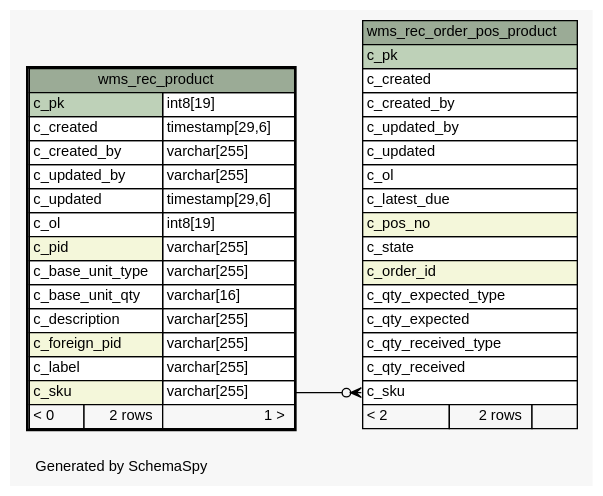
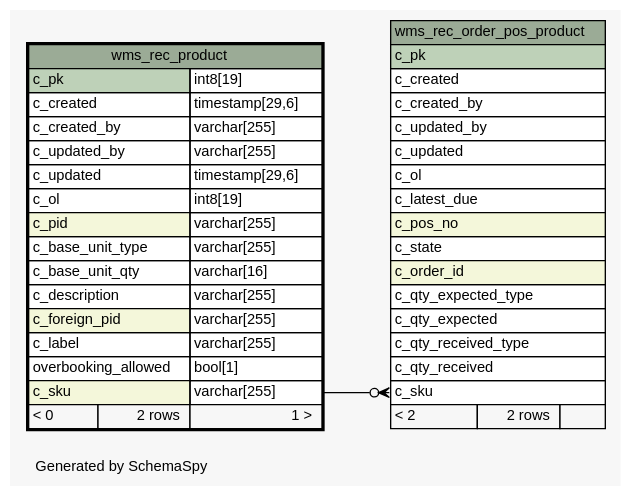
Before and after one commit to openwms/org.openwms.wms.receiving.lib: the diagram in 1.0.0-SNAPSHOT/schemaspy/diagrams/wms_rec_product.1degree.dot, drawn with Graphviz. The commit also changed 422 other files, not shown here.

```diff
--- a/1.0.0-SNAPSHOT/schemaspy/diagrams/wms_rec_product.1degree.dot
+++ b/1.0.0-SNAPSHOT/schemaspy/diagrams/wms_rec_product.1degree.dot
@@ -1,69 +1,70 @@
-// dot 2.43.0 on Linux 5.15.0-1030-azure
+// dot 2.43.0 on Linux 5.15.0-1031-azure
 // SchemaSpy rev Unknown
 digraph "oneDegreeRelationshipsDiagram" {
   graph [
     rankdir="RL"
     bgcolor="#f7f7f7"
     label="\nGenerated by SchemaSpy"
     labeljust="l"
     nodesep="0.18"
     ranksep="0.46"
     fontname="Helvetica"
     fontsize="11"
   ];
   node [
     fontname="Helvetica"
     fontsize="11"
     shape="plaintext"
   ];
   edge [
     arrowsize="0.8"
   ];
   "wms_rec_order_pos_product":"c_sku":w -> "wms_rec_product":"c_sku.type":e [arrowhead=none dir=back arrowtail=crowodot];
   "wms_rec_order_pos_product" [
     label=<
     <TABLE BORDER="0" CELLBORDER="1" CELLSPACING="0" BGCOLOR="#ffffff">
       <TR><TD COLSPAN="3" BGCOLOR="#9bab96" ALIGN="CENTER">wms_rec_order_pos_product</TD></TR>
       <TR><TD PORT="c_pk" COLSPAN="3" BGCOLOR="#bed1b8" ALIGN="LEFT">c_pk</TD></TR>
       <TR><TD PORT="c_created" COLSPAN="3" ALIGN="LEFT">c_created</TD></TR>
       <TR><TD PORT="c_created_by" COLSPAN="3" ALIGN="LEFT">c_created_by</TD></TR>
       <TR><TD PORT="c_updated_by" COLSPAN="3" ALIGN="LEFT">c_updated_by</TD></TR>
       <TR><TD PORT="c_updated" COLSPAN="3" ALIGN="LEFT">c_updated</TD></TR>
       <TR><TD PORT="c_ol" COLSPAN="3" ALIGN="LEFT">c_ol</TD></TR>
       <TR><TD PORT="c_latest_due" COLSPAN="3" ALIGN="LEFT">c_latest_due</TD></TR>
       <TR><TD PORT="c_pos_no" COLSPAN="3" BGCOLOR="#f4f7da" ALIGN="LEFT">c_pos_no</TD></TR>
       <TR><TD PORT="c_state" COLSPAN="3" ALIGN="LEFT">c_state</TD></TR>
       <TR><TD PORT="c_order_id" COLSPAN="3" BGCOLOR="#f4f7da" ALIGN="LEFT">c_order_id</TD></TR>
       <TR><TD PORT="c_qty_expected_type" COLSPAN="3" ALIGN="LEFT">c_qty_expected_type</TD></TR>
       <TR><TD PORT="c_qty_expected" COLSPAN="3" ALIGN="LEFT">c_qty_expected</TD></TR>
       <TR><TD PORT="c_qty_received_type" COLSPAN="3" ALIGN="LEFT">c_qty_received_type</TD></TR>
       <TR><TD PORT="c_qty_received" COLSPAN="3" ALIGN="LEFT">c_qty_received</TD></TR>
       <TR><TD PORT="c_sku" COLSPAN="3" ALIGN="LEFT">c_sku</TD></TR>
       <TR><TD ALIGN="LEFT" BGCOLOR="#f7f7f7">&lt; 2</TD><TD ALIGN="RIGHT" BGCOLOR="#f7f7f7">2 rows</TD><TD ALIGN="RIGHT" BGCOLOR="#f7f7f7">  </TD></TR>
     </TABLE>>
     URL="wms_rec_order_pos_product.html"
     tooltip="wms_rec_order_pos_product"
   ];
   "wms_rec_product" [
     label=<
     <TABLE BORDER="2" CELLBORDER="1" CELLSPACING="0" BGCOLOR="#ffffff">
       <TR><TD COLSPAN="3" BGCOLOR="#9bab96" ALIGN="CENTER">wms_rec_product</TD></TR>
       <TR><TD PORT="c_pk" COLSPAN="2" BGCOLOR="#bed1b8" ALIGN="LEFT">c_pk</TD><TD PORT="c_pk.type" ALIGN="LEFT">int8[19]</TD></TR>
       <TR><TD PORT="c_created" COLSPAN="2" ALIGN="LEFT">c_created</TD><TD PORT="c_created.type" ALIGN="LEFT">timestamp[29,6]</TD></TR>
       <TR><TD PORT="c_created_by" COLSPAN="2" ALIGN="LEFT">c_created_by</TD><TD PORT="c_created_by.type" ALIGN="LEFT">varchar[255]</TD></TR>
       <TR><TD PORT="c_updated_by" COLSPAN="2" ALIGN="LEFT">c_updated_by</TD><TD PORT="c_updated_by.type" ALIGN="LEFT">varchar[255]</TD></TR>
       <TR><TD PORT="c_updated" COLSPAN="2" ALIGN="LEFT">c_updated</TD><TD PORT="c_updated.type" ALIGN="LEFT">timestamp[29,6]</TD></TR>
       <TR><TD PORT="c_ol" COLSPAN="2" ALIGN="LEFT">c_ol</TD><TD PORT="c_ol.type" ALIGN="LEFT">int8[19]</TD></TR>
       <TR><TD PORT="c_pid" COLSPAN="2" BGCOLOR="#f4f7da" ALIGN="LEFT">c_pid</TD><TD PORT="c_pid.type" ALIGN="LEFT">varchar[255]</TD></TR>
       <TR><TD PORT="c_base_unit_type" COLSPAN="2" ALIGN="LEFT">c_base_unit_type</TD><TD PORT="c_base_unit_type.type" ALIGN="LEFT">varchar[255]</TD></TR>
       <TR><TD PORT="c_base_unit_qty" COLSPAN="2" ALIGN="LEFT">c_base_unit_qty</TD><TD PORT="c_base_unit_qty.type" ALIGN="LEFT">varchar[16]</TD></TR>
       <TR><TD PORT="c_description" COLSPAN="2" ALIGN="LEFT">c_description</TD><TD PORT="c_description.type" ALIGN="LEFT">varchar[255]</TD></TR>
       <TR><TD PORT="c_foreign_pid" COLSPAN="2" BGCOLOR="#f4f7da" ALIGN="LEFT">c_foreign_pid</TD><TD PORT="c_foreign_pid.type" ALIGN="LEFT">varchar[255]</TD></TR>
       <TR><TD PORT="c_label" COLSPAN="2" ALIGN="LEFT">c_label</TD><TD PORT="c_label.type" ALIGN="LEFT">varchar[255]</TD></TR>
+      <TR><TD PORT="overbooking_allowed" COLSPAN="2" ALIGN="LEFT">overbooking_allowed</TD><TD PORT="overbooking_allowed.type" ALIGN="LEFT">bool[1]</TD></TR>
       <TR><TD PORT="c_sku" COLSPAN="2" BGCOLOR="#f4f7da" ALIGN="LEFT">c_sku</TD><TD PORT="c_sku.type" ALIGN="LEFT">varchar[255]</TD></TR>
       <TR><TD ALIGN="LEFT" BGCOLOR="#f7f7f7">&lt; 0</TD><TD ALIGN="RIGHT" BGCOLOR="#f7f7f7">2 rows</TD><TD ALIGN="RIGHT" BGCOLOR="#f7f7f7">1 &gt;</TD></TR>
     </TABLE>>
     URL="wms_rec_product.html"
     tooltip="wms_rec_product"
   ];
 }
```
